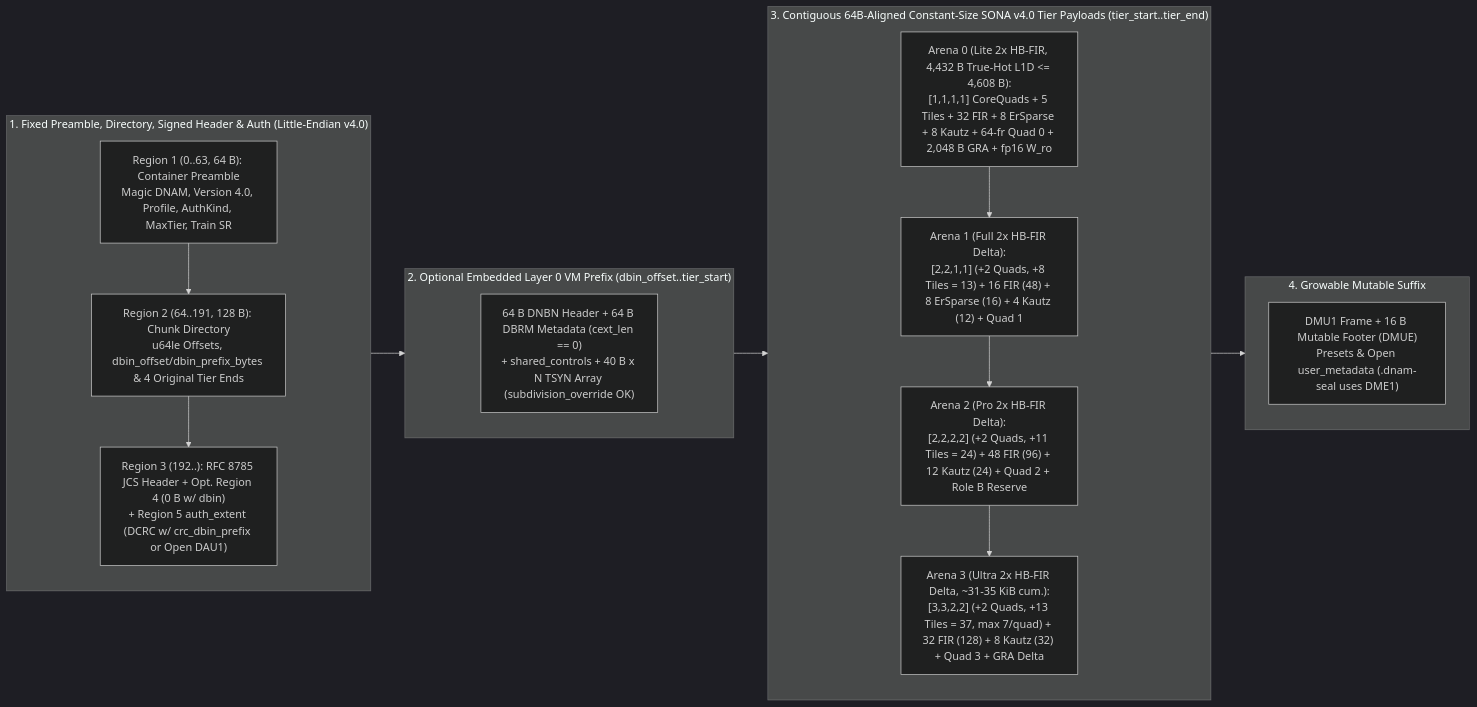
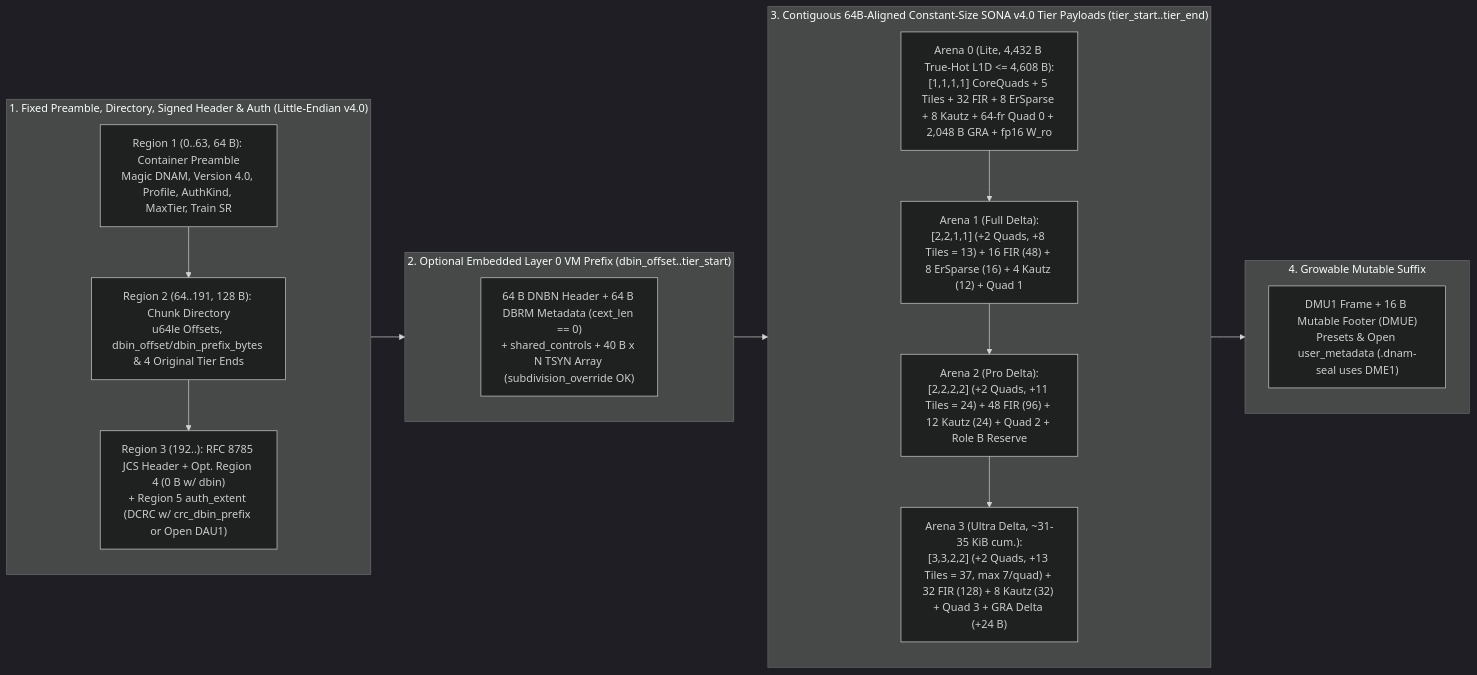
The diagram in docs/specs/containers/dnam_binary_format.md (mokugen/dnam), drawn with Mermaid (dark theme) before and after one commit. The commit also changed other lines of this file and 23 other files, not shown here.

````diff
--- a/docs/specs/containers/dnam_binary_format.md
+++ b/docs/specs/containers/dnam_binary_format.md
@@ -63,29 +64,29 @@
 ```mermaid
 flowchart LR
     subgraph Header ["1. Fixed Preamble, Directory, Signed Header & Auth (Little-Endian v4.0)"]
         direction TB
         P["Region 1 (0..63, 64 B): Container Preamble<br/>Magic DNAM, Version 4.0, Profile, AuthKind, MaxTier, Train SR"]
         D["Region 2 (64..191, 128 B): Chunk Directory<br/>u64le Offsets, dbin_offset/dbin_prefix_bytes & 4 Original Tier Ends"]
         H["Region 3 (192..): RFC 8785 JCS Header + Opt. Region 4 (0 B w/ dbin)<br/>+ Region 5 auth_extent (DCRC w/ crc_dbin_prefix or Open DAU1)"]
         P --> D --> H
     end
 
     subgraph DbinPrefix ["2. Optional Embedded Layer 0 VM Prefix (dbin_offset..tier_start)"]
         DB["64 B DNBN Header + 64 B DBRM Metadata (cext_len == 0)<br/>+ shared_controls + 40 B x N TSYN Array (subdivision_override OK)"]
     end
 
     subgraph Arenas ["3. Contiguous 64B-Aligned Constant-Size SONA v4.0 Tier Payloads (tier_start..tier_end)"]
         direction TB
-        A0["Arena 0 (Lite 2x HB-FIR, 4,432 B True-Hot L1D <= 4,608 B):<br/>[1,1,1,1] CoreQuads + 5 Tiles + 32 FIR + 8 ErSparse + 8 Kautz + 64-fr Quad 0 + 2,048 B GRA + fp16 W_ro"]
-        A1["Arena 1 (Full 2x HB-FIR Delta):<br/>[2,2,1,1] (+2 Quads, +8 Tiles = 13) + 16 FIR (48) + 8 ErSparse (16) + 4 Kautz (12) + Quad 1"]
-        A2["Arena 2 (Pro 2x HB-FIR Delta):<br/>[2,2,2,2] (+2 Quads, +11 Tiles = 24) + 48 FIR (96) + 12 Kautz (24) + Quad 2 + Role B Reserve"]
-        A3["Arena 3 (Ultra 2x HB-FIR Delta, ~31-35 KiB cum.):<br/>[3,3,2,2] (+2 Quads, +13 Tiles = 37, max 7/quad) + 32 FIR (128) + 8 Kautz (32) + Quad 3 + GRA Delta"]
+        A0["Arena 0 (Lite, 4,432 B True-Hot L1D <= 4,608 B):<br/>[1,1,1,1] CoreQuads + 5 Tiles + 32 FIR + 8 ErSparse + 8 Kautz + 64-fr Quad 0 + 2,048 B GRA + fp16 W_ro"]
+        A1["Arena 1 (Full Delta):<br/>[2,2,1,1] (+2 Quads, +8 Tiles = 13) + 16 FIR (48) + 8 ErSparse (16) + 4 Kautz (12) + Quad 1"]
+        A2["Arena 2 (Pro Delta):<br/>[2,2,2,2] (+2 Quads, +11 Tiles = 24) + 48 FIR (96) + 12 Kautz (24) + Quad 2 + Role B Reserve"]
+        A3["Arena 3 (Ultra Delta, ~31-35 KiB cum.):<br/>[3,3,2,2] (+2 Quads, +13 Tiles = 37, max 7/quad) + 32 FIR (128) + 8 Kautz (32) + Quad 3 + GRA Delta (+24 B)"]
         A0 --> A1 --> A2 --> A3
     end
 
     subgraph Suffix ["4. Growable Mutable Suffix"]
         M["DMU1 Frame + 16 B Mutable Footer (DMUE)<br/>Presets & Open user_metadata (.dnam-seal uses DME1)"]
     end
 
     Header --> DbinPrefix --> Arenas --> Suffix
 ```
````
